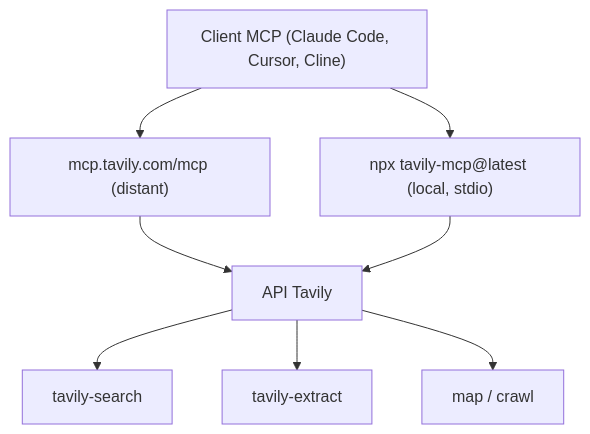
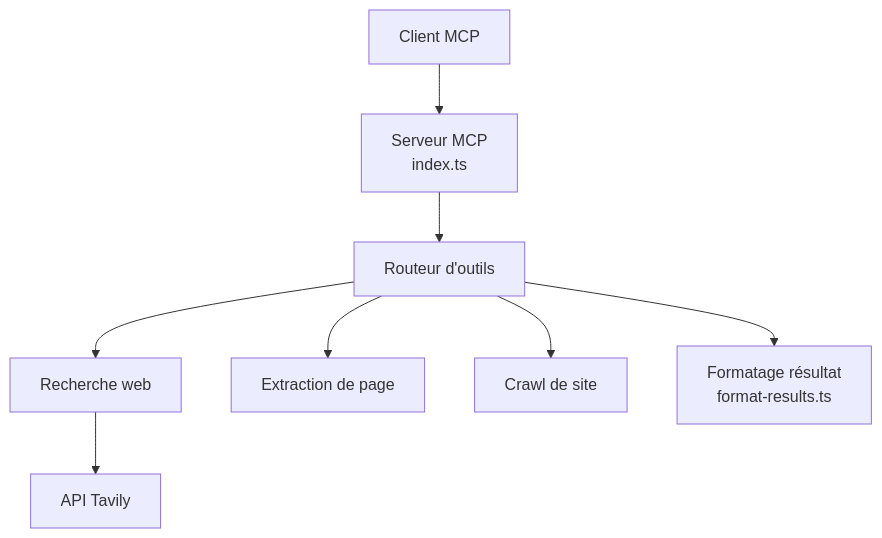
One commit to floSa/Veille-Repo changed the diagram in veille/.data/fiches/tavily-ai__tavily-mcp.md. Above: the diagram before and after it, drawn with Mermaid. The commit also changed other lines of this file and 1330 other files, not shown here.

First line of the commit message:
Mise à jour du catalogue : 7723 fiches, 7291 diagrammes

````diff
--- a/veille/.data/fiches/tavily-ai__tavily-mcp.md
+++ b/veille/.data/fiches/tavily-ai__tavily-mcp.md
@@ -34,10 +27,10 @@
 ```mermaid
 flowchart TD
-  CL["Client MCP (Claude Code, Cursor, Cline)"] --> R["mcp.tavily.com/mcp (distant)"]
-  CL --> L["npx tavily-mcp@latest (local, stdio)"]
-  R --> API["API Tavily"]
-  L --> API
-  API --> S["tavily-search"]
-  API --> E["tavily-extract"]
-  API --> M["map / crawl"]
+  client["Client MCP"] --> server["Serveur MCP<br/>index.ts"]
+  server --> dispatcher["Routeur d'outils"]
+  dispatcher --> search["Recherche web"]
+  dispatcher --> extract["Extraction de page"]
+  dispatcher --> crawl["Crawl de site"]
+  search --> tavily["API Tavily"]
+  dispatcher --> formatter["Formatage résultat<br/>format-results.ts"]
 ```
````
